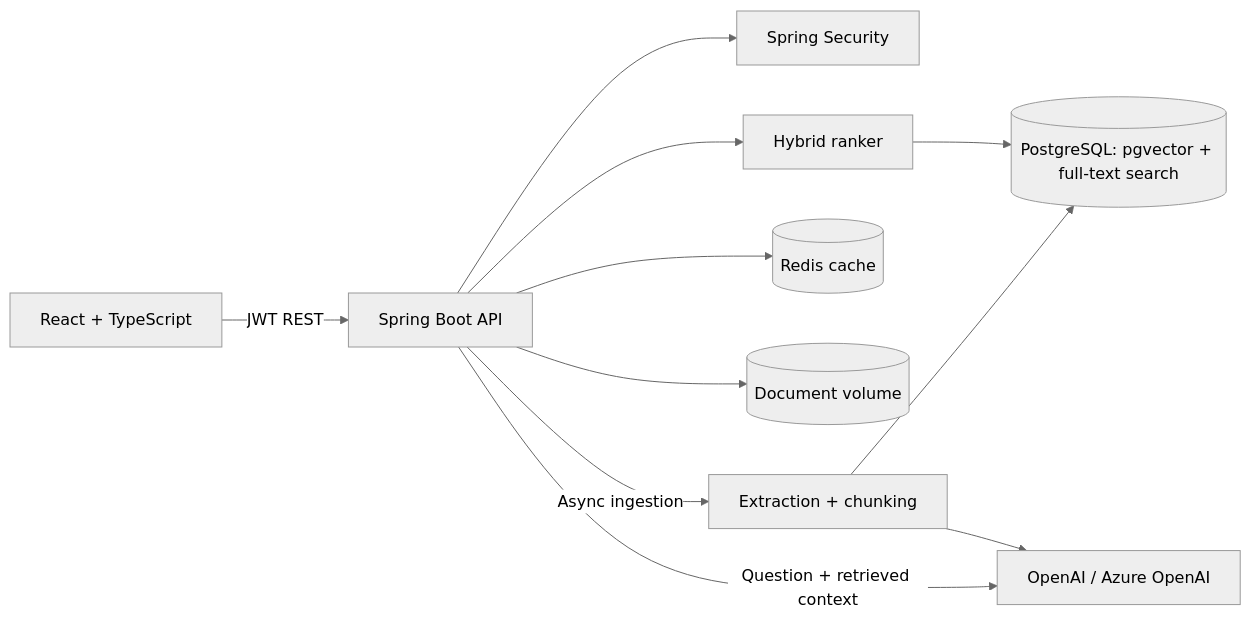
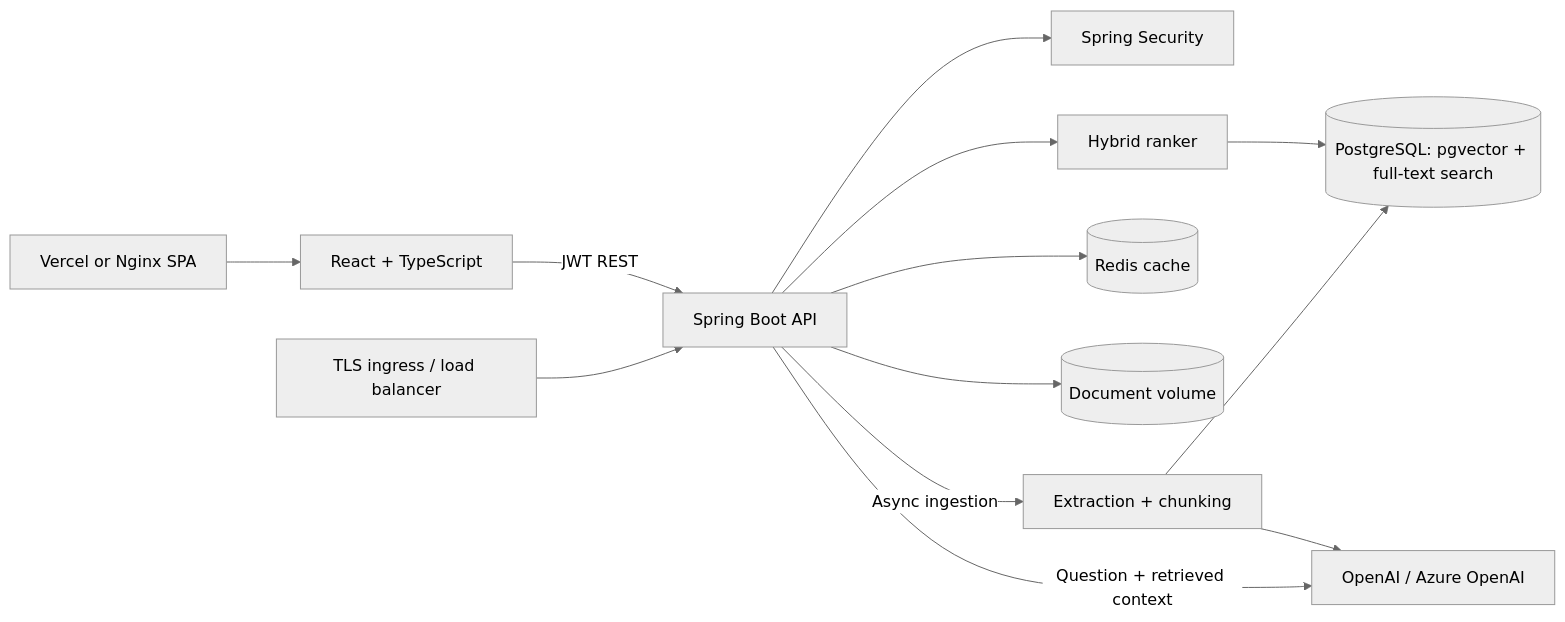
One commit to SamiAhmed007/enterprise-ai-knowledge-platform changed the diagram in README.md. Above: the diagram before and after it, drawn with Mermaid (neutral theme). The commit also changed other lines of this file and 27 other files, not shown here.

````diff
--- a/README.md
+++ b/README.md
@@ -28,13 +38,15 @@
 ```mermaid
 flowchart LR
     UI["React + TypeScript"] -->|JWT REST| API["Spring Boot API"]
+    CDN["Vercel or Nginx SPA"] --> UI
     API --> AUTH["Spring Security"]
     API --> HYBRID["Hybrid ranker"]
     HYBRID --> PG[("PostgreSQL: pgvector + full-text search")]
     API --> REDIS[("Redis cache")]
     API --> FILES[("Document volume")]
     API -->|Async ingestion| WORKER["Extraction + chunking"]
     WORKER --> AI["OpenAI / Azure OpenAI"]
     WORKER --> PG
     API -->|Question + retrieved context| AI
+    INGRESS["TLS ingress / load balancer"] --> API
 ```
````
